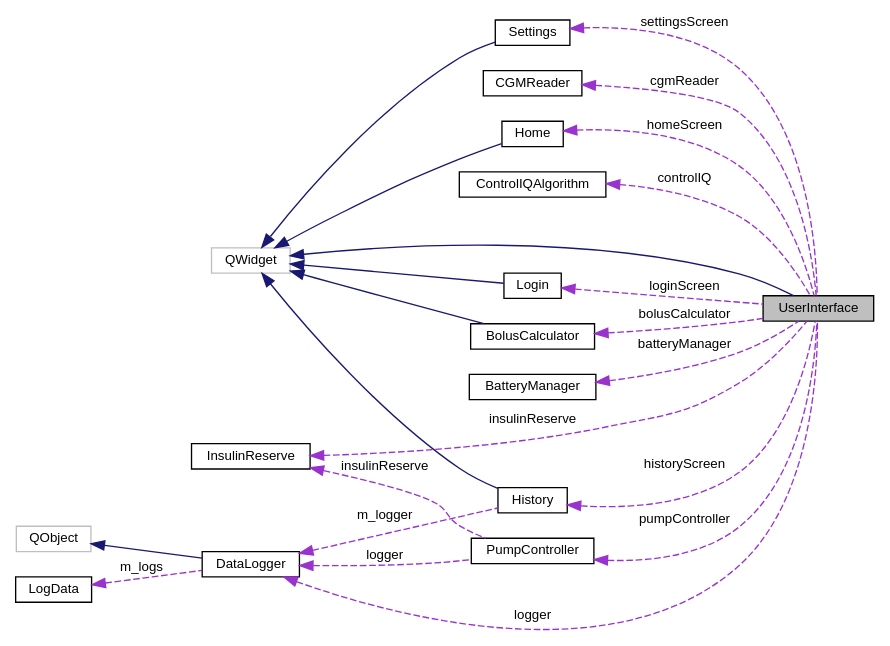
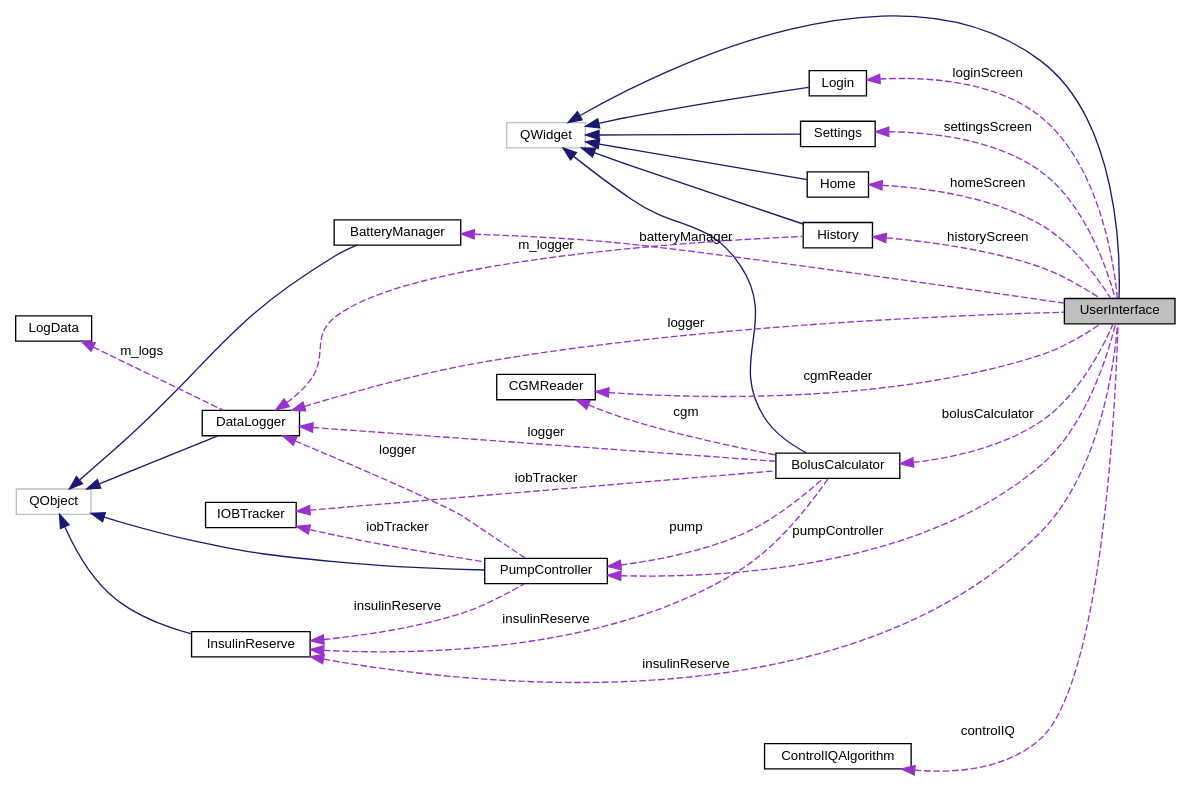
One commit to xHWAHx/InsulinPumpSimulator-Group35 changed the diagram in docs/classUserInterface__coll__graph.dot. Above: the diagram before and after it, drawn with Graphviz. The commit also changed 251 other files, not shown here.

```diff
--- a/docs/classUserInterface__coll__graph.dot
+++ b/docs/classUserInterface__coll__graph.dot
@@ -1,44 +1,54 @@
 digraph "UserInterface"
 {
  // LATEX_PDF_SIZE
   edge [fontname="Helvetica",fontsize="10",labelfontname="Helvetica",labelfontsize="10"];
   node [fontname="Helvetica",fontsize="10",shape=record];
   rankdir="LR";
   Node1 [label="UserInterface",height=0.2,width=0.4,color="black", fillcolor="grey75", style="filled", fontcolor="black",tooltip=" "];
   Node2 -> Node1 [dir="back",color="midnightblue",fontsize="10",style="solid",fontname="Helvetica"];
   Node2 [label="QWidget",height=0.2,width=0.4,color="grey75", fillcolor="white", style="filled",tooltip=" "];
   Node3 -> Node1 [dir="back",color="darkorchid3",fontsize="10",style="dashed",label=" cgmReader" ,fontname="Helvetica"];
   Node3 [label="CGMReader",height=0.2,width=0.4,color="black", fillcolor="white", style="filled",URL="$classCGMReader.html",tooltip=" "];
   Node4 -> Node1 [dir="back",color="darkorchid3",fontsize="10",style="dashed",label=" loginScreen" ,fontname="Helvetica"];
   Node4 [label="Login",height=0.2,width=0.4,color="black", fillcolor="white", style="filled",URL="$classLogin.html",tooltip=" "];
   Node2 -> Node4 [dir="back",color="midnightblue",fontsize="10",style="solid",fontname="Helvetica"];
   Node5 -> Node1 [dir="back",color="darkorchid3",fontsize="10",style="dashed",label=" controlIQ" ,fontname="Helvetica"];
   Node5 [label="ControlIQAlgorithm",height=0.2,width=0.4,color="black", fillcolor="white", style="filled",URL="$classControlIQAlgorithm.html",tooltip=" "];
   Node6 -> Node1 [dir="back",color="darkorchid3",fontsize="10",style="dashed",label=" insulinReserve" ,fontname="Helvetica"];
   Node6 [label="InsulinReserve",height=0.2,width=0.4,color="black", fillcolor="white", style="filled",URL="$classInsulinReserve.html",tooltip=" "];
-  Node7 -> Node1 [dir="back",color="darkorchid3",fontsize="10",style="dashed",label=" bolusCalculator" ,fontname="Helvetica"];
-  Node7 [label="BolusCalculator",height=0.2,width=0.4,color="black", fillcolor="white", style="filled",URL="$classBolusCalculator.html",tooltip=" "];
-  Node2 -> Node7 [dir="back",color="midnightblue",fontsize="10",style="solid",fontname="Helvetica"];
-  Node8 -> Node1 [dir="back",color="darkorchid3",fontsize="10",style="dashed",label=" settingsScreen" ,fontname="Helvetica"];
-  Node8 [label="Settings",height=0.2,width=0.4,color="black", fillcolor="white", style="filled",URL="$classSettings.html",tooltip="Widget class for managing personal profiles."];
+  Node7 -> Node6 [dir="back",color="midnightblue",fontsize="10",style="solid",fontname="Helvetica"];
+  Node7 [label="QObject",height=0.2,width=0.4,color="grey75", fillcolor="white", style="filled",tooltip=" "];
+  Node8 -> Node1 [dir="back",color="darkorchid3",fontsize="10",style="dashed",label=" bolusCalculator" ,fontname="Helvetica"];
+  Node8 [label="BolusCalculator",height=0.2,width=0.4,color="black", fillcolor="white", style="filled",URL="$classBolusCalculator.html",tooltip=" "];
   Node2 -> Node8 [dir="back",color="midnightblue",fontsize="10",style="solid",fontname="Helvetica"];
-  Node9 -> Node1 [dir="back",color="darkorchid3",fontsize="10",style="dashed",label=" batteryManager" ,fontname="Helvetica"];
-  Node9 [label="BatteryManager",height=0.2,width=0.4,color="black", fillcolor="white", style="filled",URL="$classBatteryManager.html",tooltip=" "];
-  Node10 -> Node1 [dir="back",color="darkorchid3",fontsize="10",style="dashed",label=" pumpController" ,fontname="Helvetica"];
+  Node3 -> Node8 [dir="back",color="darkorchid3",fontsize="10",style="dashed",label=" cgm" ,fontname="Helvetica"];
+  Node6 -> Node8 [dir="back",color="darkorchid3",fontsize="10",style="dashed",label=" insulinReserve" ,fontname="Helvetica"];
+  Node9 -> Node8 [dir="back",color="darkorchid3",fontsize="10",style="dashed",label=" iobTracker" ,fontname="Helvetica"];
+  Node9 [label="IOBTracker",height=0.2,width=0.4,color="black", fillcolor="white", style="filled",URL="$classIOBTracker.html",tooltip=" "];
+  Node10 -> Node8 [dir="back",color="darkorchid3",fontsize="10",style="dashed",label=" pump" ,fontname="Helvetica"];
   Node10 [label="PumpController",height=0.2,width=0.4,color="black", fillcolor="white", style="filled",URL="$classPumpController.html",tooltip=" "];
+  Node7 -> Node10 [dir="back",color="midnightblue",fontsize="10",style="solid",fontname="Helvetica"];
   Node6 -> Node10 [dir="back",color="darkorchid3",fontsize="10",style="dashed",label=" insulinReserve" ,fontname="Helvetica"];
+  Node9 -> Node10 [dir="back",color="darkorchid3",fontsize="10",style="dashed",label=" iobTracker" ,fontname="Helvetica"];
   Node11 -> Node10 [dir="back",color="darkorchid3",fontsize="10",style="dashed",label=" logger" ,fontname="Helvetica"];
   Node11 [label="DataLogger",height=0.2,width=0.4,color="black", fillcolor="white", style="filled",URL="$classDataLogger.html",tooltip="Manages data logging for events, glucose, and insulin entries."];
-  Node12 -> Node11 [dir="back",color="midnightblue",fontsize="10",style="solid",fontname="Helvetica"];
-  Node12 [label="QObject",height=0.2,width=0.4,color="grey75", fillcolor="white", style="filled",tooltip=" "];
-  Node13 -> Node11 [dir="back",color="darkorchid3",fontsize="10",style="dashed",label=" m_logs" ,fontname="Helvetica"];
-  Node13 [label="LogData",height=0.2,width=0.4,color="black", fillcolor="white", style="filled",URL="$structLogData.html",tooltip="Contains all logs."];
-  Node14 -> Node1 [dir="back",color="darkorchid3",fontsize="10",style="dashed",label=" homeScreen" ,fontname="Helvetica"];
-  Node14 [label="Home",height=0.2,width=0.4,color="black", fillcolor="white", style="filled",URL="$classHome.html",tooltip=" "];
-  Node2 -> Node14 [dir="back",color="midnightblue",fontsize="10",style="solid",fontname="Helvetica"];
+  Node7 -> Node11 [dir="back",color="midnightblue",fontsize="10",style="solid",fontname="Helvetica"];
+  Node12 -> Node11 [dir="back",color="darkorchid3",fontsize="10",style="dashed",label=" m_logs" ,fontname="Helvetica"];
+  Node12 [label="LogData",height=0.2,width=0.4,color="black", fillcolor="white", style="filled",URL="$structLogData.html",tooltip="Contains all logs."];
+  Node11 -> Node8 [dir="back",color="darkorchid3",fontsize="10",style="dashed",label=" logger" ,fontname="Helvetica"];
+  Node13 -> Node1 [dir="back",color="darkorchid3",fontsize="10",style="dashed",label=" settingsScreen" ,fontname="Helvetica"];
+  Node13 [label="Settings",height=0.2,width=0.4,color="black", fillcolor="white", style="filled",URL="$classSettings.html",tooltip="Widget class for managing personal profiles."];
+  Node2 -> Node13 [dir="back",color="midnightblue",fontsize="10",style="solid",fontname="Helvetica"];
+  Node14 -> Node1 [dir="back",color="darkorchid3",fontsize="10",style="dashed",label=" batteryManager" ,fontname="Helvetica"];
+  Node14 [label="BatteryManager",height=0.2,width=0.4,color="black", fillcolor="white", style="filled",URL="$classBatteryManager.html",tooltip=" "];
+  Node7 -> Node14 [dir="back",color="midnightblue",fontsize="10",style="solid",fontname="Helvetica"];
+  Node10 -> Node1 [dir="back",color="darkorchid3",fontsize="10",style="dashed",label=" pumpController" ,fontname="Helvetica"];
+  Node15 -> Node1 [dir="back",color="darkorchid3",fontsize="10",style="dashed",label=" homeScreen" ,fontname="Helvetica"];
+  Node15 [label="Home",height=0.2,width=0.4,color="black", fillcolor="white", style="filled",URL="$classHome.html",tooltip=" "];
+  Node2 -> Node15 [dir="back",color="midnightblue",fontsize="10",style="solid",fontname="Helvetica"];
   Node11 -> Node1 [dir="back",color="darkorchid3",fontsize="10",style="dashed",label=" logger" ,fontname="Helvetica"];
-  Node15 -> Node1 [dir="back",color="darkorchid3",fontsize="10",style="dashed",label=" historyScreen" ,fontname="Helvetica"];
-  Node15 [label="History",height=0.2,width=0.4,color="black", fillcolor="white", style="filled",URL="$classHistory.html",tooltip="Dialog class for displaying the history log."];
-  Node2 -> Node15 [dir="back",color="midnightblue",fontsize="10",style="solid",fontname="Helvetica"];
-  Node11 -> Node15 [dir="back",color="darkorchid3",fontsize="10",style="dashed",label=" m_logger" ,fontname="Helvetica"];
+  Node16 -> Node1 [dir="back",color="darkorchid3",fontsize="10",style="dashed",label=" historyScreen" ,fontname="Helvetica"];
+  Node16 [label="History",height=0.2,width=0.4,color="black", fillcolor="white", style="filled",URL="$classHistory.html",tooltip="Dialog class for displaying the history log."];
+  Node2 -> Node16 [dir="back",color="midnightblue",fontsize="10",style="solid",fontname="Helvetica"];
+  Node11 -> Node16 [dir="back",color="darkorchid3",fontsize="10",style="dashed",label=" m_logger" ,fontname="Helvetica"];
 }
```
